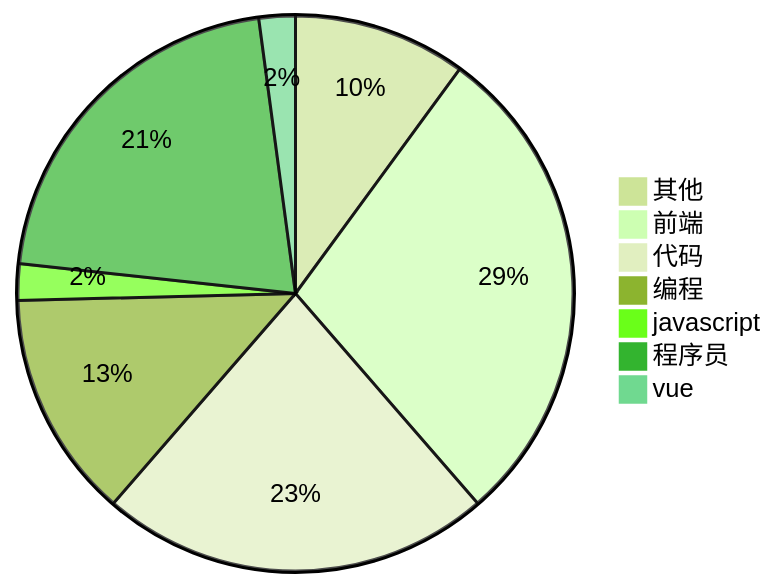
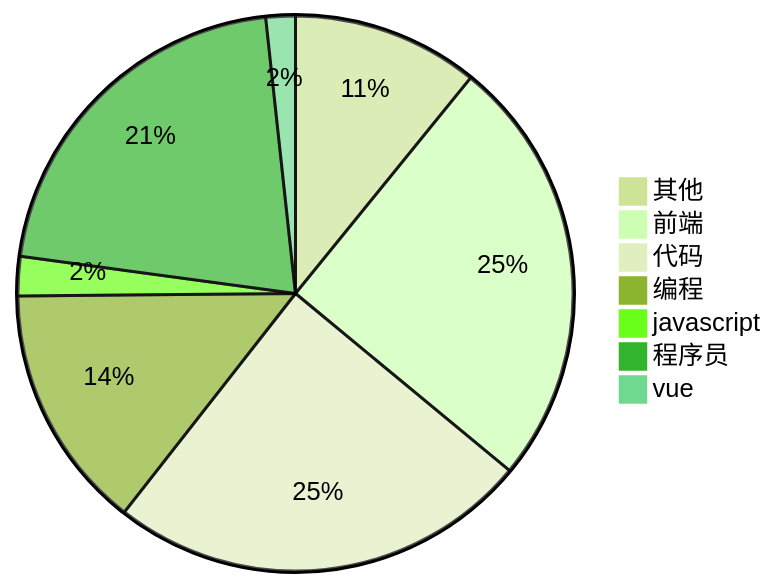
The diagram in douyin/RankingList.md (xieerduos/xieerduos.github.io), drawn with Mermaid (forest theme) before and after one commit. The commit also changed other lines of this file, not shown here.

````diff
--- a/douyin/RankingList.md
+++ b/douyin/RankingList.md
@@ -74,10 +74,10 @@
 ```Mermaid
 pie title 
     "其他" : 19
-    "前端" : 54
+    "前端" : 44
     "代码" : 43
     "编程" : 25
     "javascript" : 4
-    "程序员" : 40
-    "vue" : 4
+    "程序员" : 37
+    "vue" : 3
 ```
````
